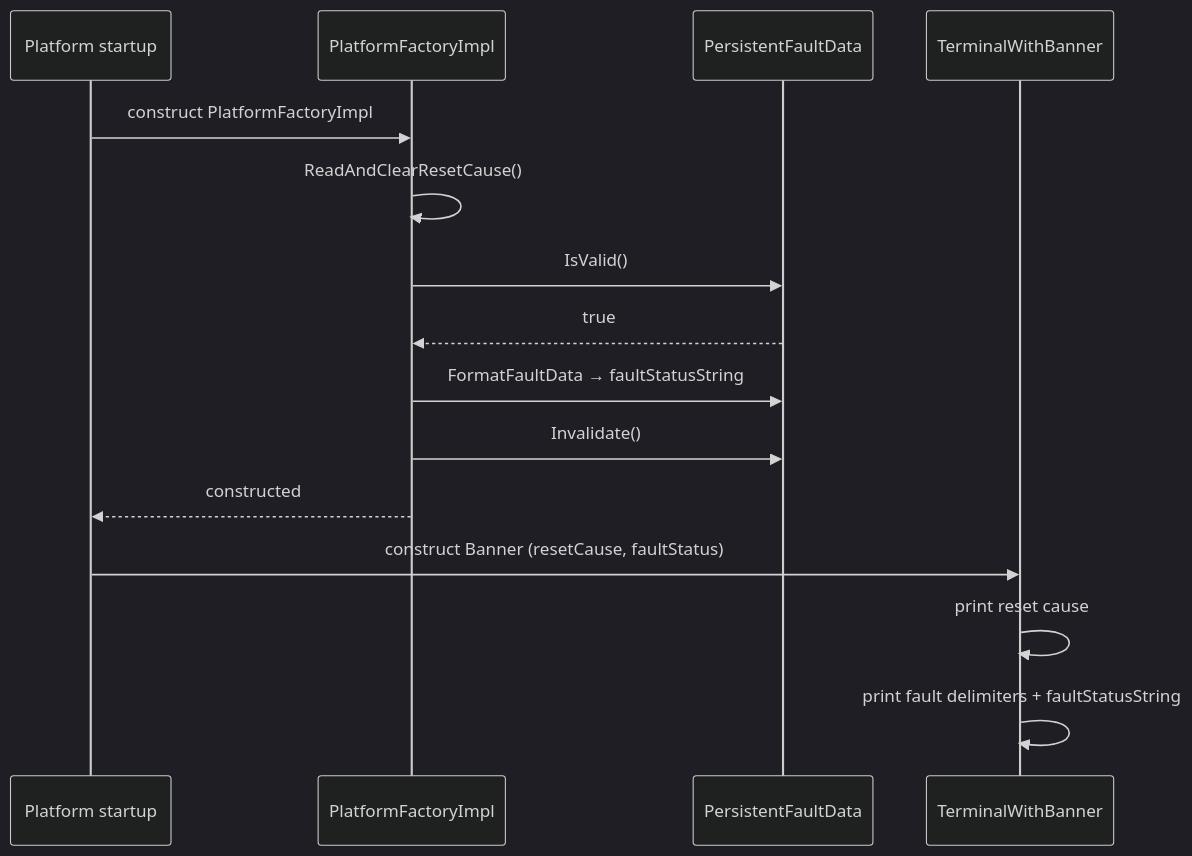
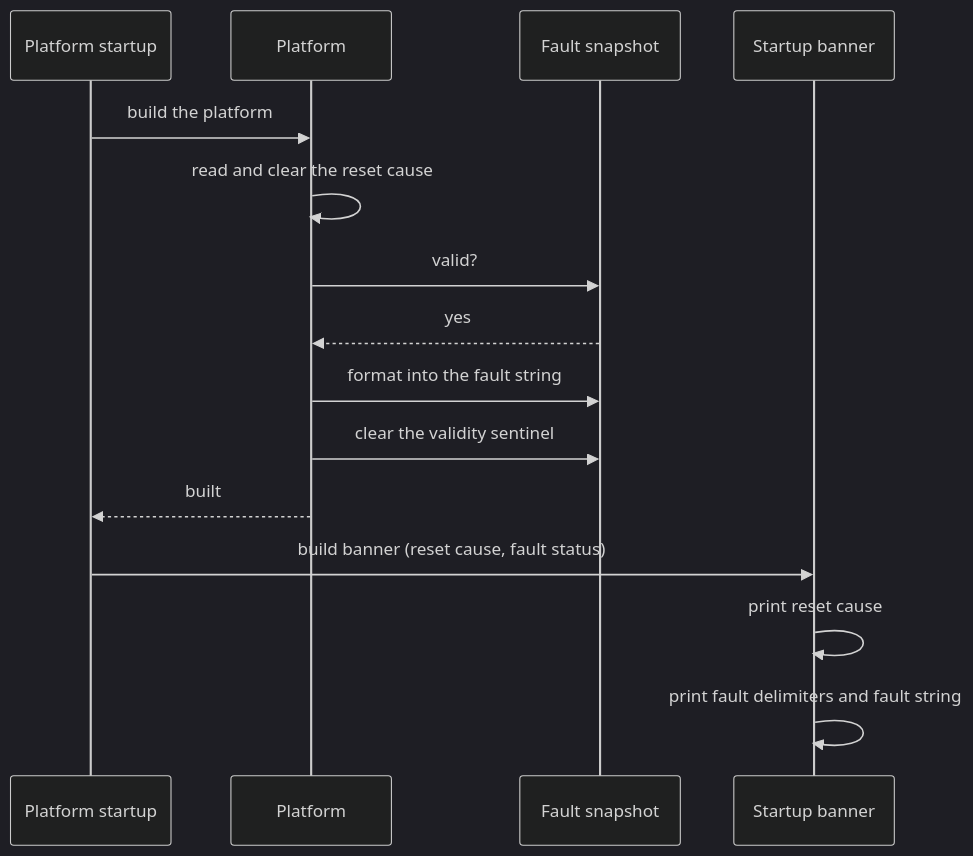
One commit to embedded-pro/e-foc changed the second of 3 diagrams in documentation/design/error-handling.md. Above: the diagram before and after it, drawn with Mermaid (dark theme). The commit also changed other lines of this file and 37 other files, not shown here.

````diff
--- a/documentation/design/error-handling.md
+++ b/documentation/design/error-handling.md
@@ -290,18 +291,18 @@
 ```mermaid
 sequenceDiagram
     participant Boot as Platform startup
-    participant PFI as PlatformFactoryImpl
-    participant PFD as PersistentFaultData
-    participant Banner as TerminalWithBanner
+    participant Platform
+    participant Snapshot as Fault snapshot
+    participant Banner as Startup banner
 
-    Boot->>PFI: construct PlatformFactoryImpl
-    PFI->>PFI: ReadAndClearResetCause()
-    PFI->>PFD: IsValid()
-    PFD-->>PFI: true
-    PFI->>PFD: FormatFaultData → faultStatusString
-    PFI->>PFD: Invalidate()
-    PFI-->>Boot: constructed
-    Boot->>Banner: construct Banner (resetCause, faultStatus)
+    Boot->>Platform: build the platform
+    Platform->>Platform: read and clear the reset cause
+    Platform->>Snapshot: valid?
+    Snapshot-->>Platform: yes
+    Platform->>Snapshot: format into the fault string
+    Platform->>Snapshot: clear the validity sentinel
+    Platform-->>Boot: built
+    Boot->>Banner: build banner (reset cause, fault status)
     Banner->>Banner: print reset cause
-    Banner->>Banner: print fault delimiters + faultStatusString
+    Banner->>Banner: print fault delimiters and fault string
 ```
````
